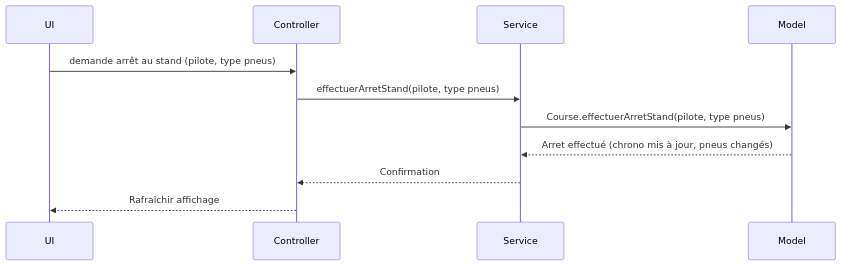
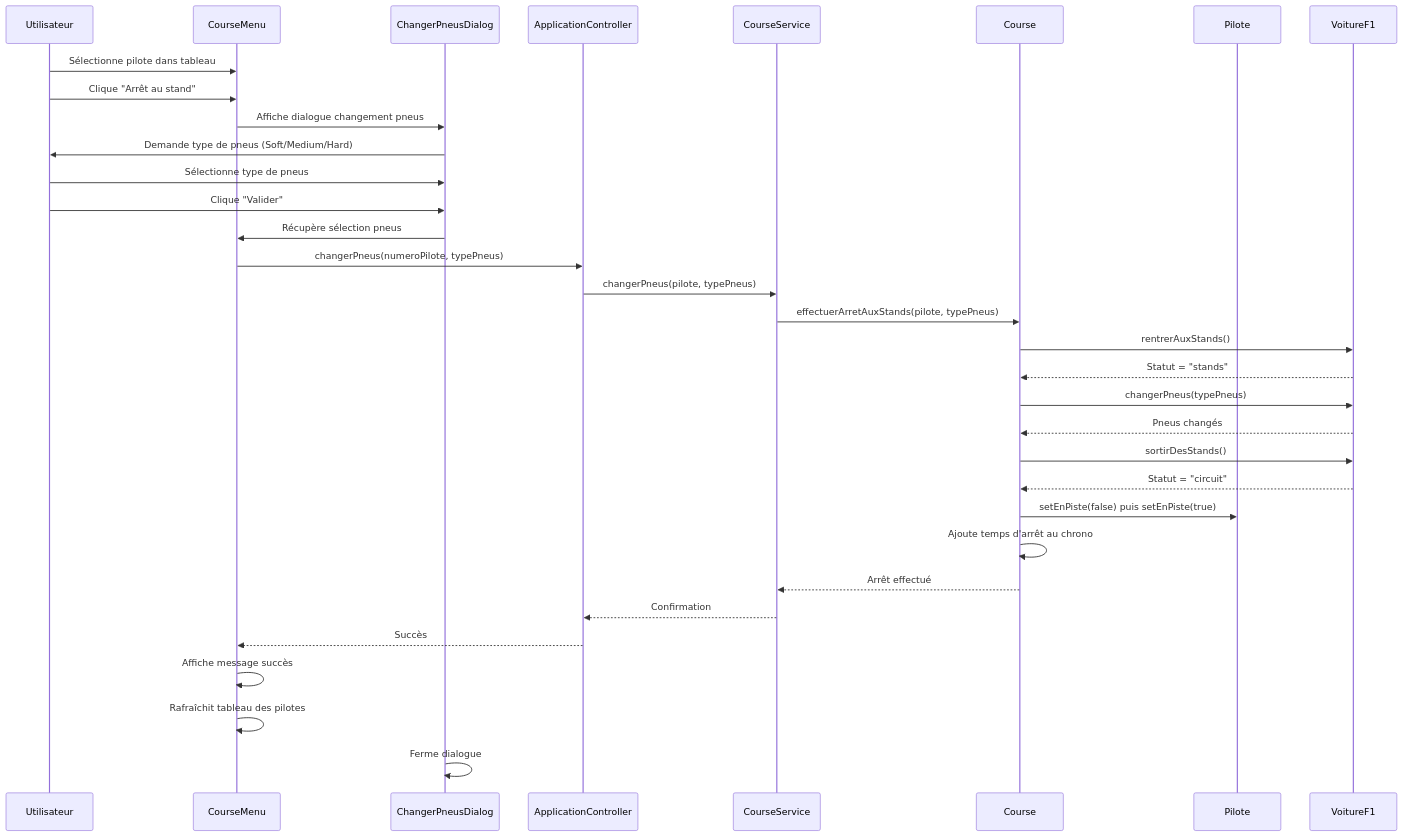
Before and after one commit to EthanRieu/F1ManagerJava: the diagram in mermaid/SequenceArretStand.mmd, drawn with Mermaid. The commit also changed 49 other files, not shown here.

```diff
--- a/mermaid/SequenceArretStand.mmd
+++ b/mermaid/SequenceArretStand.mmd
@@ -1,12 +1,39 @@
 sequenceDiagram
-    participant UI
-    participant Controller
-    participant Service
-    participant Model
+    participant User as Utilisateur
+    participant UI as CourseMenu
+    participant Dialog as ChangerPneusDialog
+    participant Controller as ApplicationController
+    participant Service as CourseService
+    participant Model as Course
+    participant Pilote as Pilote
+    participant Voiture as VoitureF1
 
-    UI->>Controller: demande arrêt au stand (pilote, type pneus)
-    Controller->>Service: effectuerArretStand(pilote, type pneus)
-    Service->>Model: Course.effectuerArretStand(pilote, type pneus)
-    Model-->>Service: Arret effectué (chrono mis à jour, pneus changés)
+    %% Processus d'arrêt au stand via l'interface graphique
+    User->>UI: Sélectionne pilote dans tableau
+    User->>UI: Clique "Arrêt au stand"
+    UI->>Dialog: Affiche dialogue changement pneus
+    Dialog->>User: Demande type de pneus (Soft/Medium/Hard)
+    User->>Dialog: Sélectionne type de pneus
+    User->>Dialog: Clique "Valider"
+    
+    Dialog->>UI: Récupère sélection pneus
+    UI->>Controller: changerPneus(numeroPilote, typePneus)
+    Controller->>Service: changerPneus(pilote, typePneus)
+    Service->>Model: effectuerArretAuxStands(pilote, typePneus)
+    
+    Model->>Voiture: rentrerAuxStands()
+    Voiture-->>Model: Statut = "stands"
+    Model->>Voiture: changerPneus(typePneus)
+    Voiture-->>Model: Pneus changés
+    Model->>Voiture: sortirDesStands()
+    Voiture-->>Model: Statut = "circuit"
+    
+    Model->>Pilote: setEnPiste(false) puis setEnPiste(true)
+    Model->>Model: Ajoute temps d'arrêt au chrono
+    
+    Model-->>Service: Arrêt effectué
     Service-->>Controller: Confirmation
-    Controller-->>UI: Rafraîchir affichage 
+    Controller-->>UI: Succès
+    UI->>UI: Affiche message succès
+    UI->>UI: Rafraîchit tableau des pilotes
+    Dialog->>Dialog: Ferme dialogue 
```
